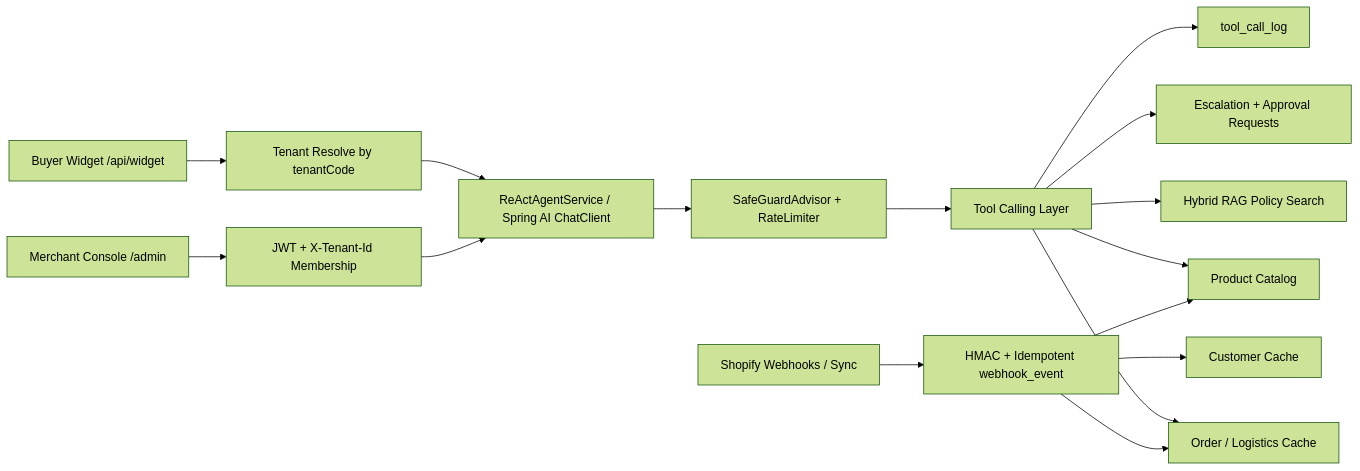
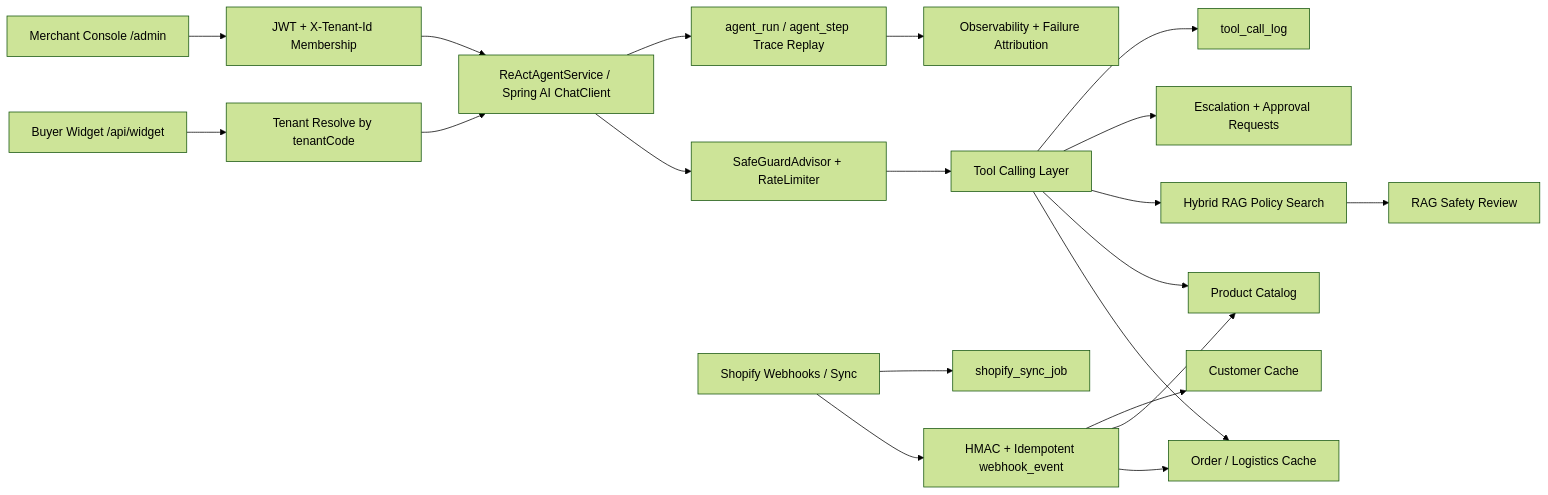
Before and after one commit to RyanCoreAI/spring-ai-crossborder-customer-service: the first of 2 diagrams in docs/architecture.md, drawn with Mermaid (forest theme). The commit also changed other lines of this file and 73 other files, not shown here.

````diff
--- a/docs/architecture.md
+++ b/docs/architecture.md
@@ -7,18 +7,22 @@
 ```mermaid
 flowchart LR
   Buyer["Buyer Widget /api/widget"] --> TenantResolve["Tenant Resolve by tenantCode"]
   Admin["Merchant Console /admin"] --> JWT["JWT + X-Tenant-Id Membership"]
   TenantResolve --> Agent["ReActAgentService / Spring AI ChatClient"]
   JWT --> Agent
   Agent --> Safety["SafeGuardAdvisor + RateLimiter"]
   Safety --> Tools["Tool Calling Layer"]
   Tools --> Orders["Order / Logistics Cache"]
   Tools --> Products["Product Catalog"]
   Tools --> Policies["Hybrid RAG Policy Search"]
   Tools --> Tickets["Escalation + Approval Requests"]
   Tools --> Audit["tool_call_log"]
+  Agent --> Trace["agent_run / agent_step Trace Replay"]
+  Trace --> Obs["Observability + Failure Attribution"]
+  Policies --> RagSafety["RAG Safety Review"]
   Shopify["Shopify Webhooks / Sync"] --> Webhook["HMAC + Idempotent webhook_event"]
+  Shopify --> Jobs["shopify_sync_job"]
   Webhook --> Orders
   Webhook --> Products
   Webhook --> Customers["Customer Cache"]
 ```
````
